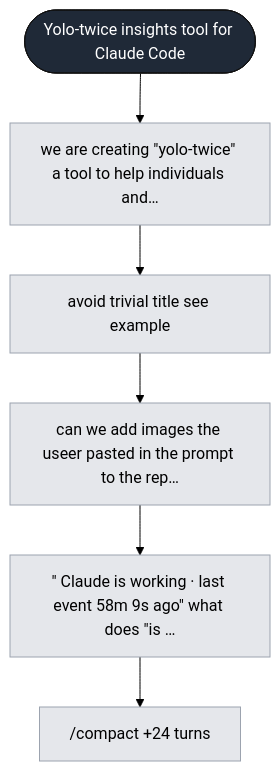
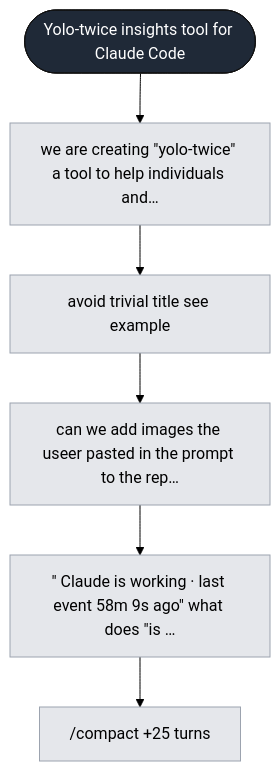
The diagram in .yolo-twice/sessions/34b27ceb-5af1-4142-8334-ab80a4310636/graph.L1.mmd (bar9/yolo-twice), drawn with Mermaid (forest theme) before and after one commit. The commit also changed 4 other files, not shown here.

```diff
--- a/.yolo-twice/sessions/34b27ceb-5af1-4142-8334-ab80a4310636/graph.L1.mmd
+++ b/.yolo-twice/sessions/34b27ceb-5af1-4142-8334-ab80a4310636/graph.L1.mmd
@@ -1,27 +1,27 @@
 flowchart TD
   s_34b27ceb_5af1_4142_8334_ab80a4310636(["Yolo-twice insights tool for Claude Code"])
   p1["we are creating #quot;yolo-twice#quot; a tool to help individuals and…"]
   p2["avoid trivial title see example"]
   p3["can we add images the useer pasted in the prompt to the rep…"]
   p4["#quot; Claude is working · last event 58m 9s ago#quot; what does #quot;is …"]
-  p5["/compact  +24 turns "]
+  p5["/compact  +25 turns "]
   s_34b27ceb_5af1_4142_8334_ab80a4310636 --> p1
   p1 --> p2
   p2 --> p3
   p3 --> p4
   p4 --> p5
   classDef session fill:#1f2937,color:#fff,stroke:#111;
   classDef phase fill:#e5e7eb,stroke:#9ca3af;
   classDef turn fill:#dbeafe,stroke:#60a5fa;
   classDef branch fill:#fde68a,stroke:#d97706;
   classDef subagent fill:#ede9fe,stroke:#8b5cf6;
   classDef tool fill:#dcfce7,stroke:#22c55e;
   classDef error fill:#fee2e2,stroke:#ef4444;
   classDef text fill:#f3f4f6,stroke:#9ca3af;
   classDef thinking fill:#f3f4f6,stroke:#d1d5db,stroke-dasharray: 3 3;
   class s_34b27ceb_5af1_4142_8334_ab80a4310636 session;
   class p1 phase;
   class p2 phase;
   class p3 phase;
   class p4 phase;
   class p5 phase;
```
